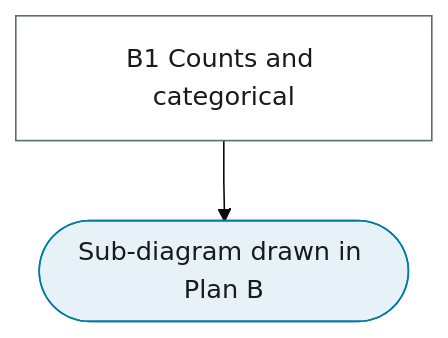
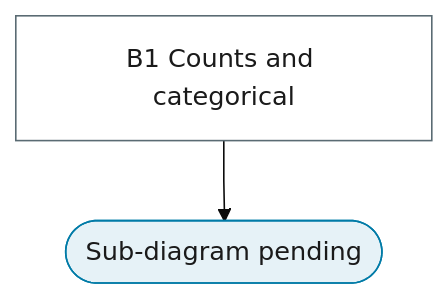
Before and after one commit to Shuxin-Y/time-series-analysis-manual: the diagram in docs/reference/16-count-categorical/index.md, drawn with Mermaid (base theme). The commit also changed other lines of this file and 66 other files, not shown here.

````diff
--- a/docs/reference/16-count-categorical/index.md
+++ b/docs/reference/16-count-categorical/index.md
@@ -9,15 +7,15 @@
 ```mermaid
 %%{init: {"flowchart": {"curve": "linear"}}}%%
 graph TD
-    B1["B1 Counts and categorical"] --> B1_PENDING(["Sub-diagram drawn in Plan B"])
+    B1["B1 Counts and categorical"] --> B1_PENDING(["Sub-diagram pending"])
     class B1 process
     class B1_PENDING terminator
     classDef terminator fill:#E6F2F7,stroke:#007BA7,color:#1A1A1A;
     classDef process fill:#FFFFFF,stroke:#5A6B73,color:#1A1A1A;
     classDef decision fill:#EFE7F0,stroke:#9B7FA7,color:#1A1A1A;
     classDef data fill:#FFF4E0,stroke:#C9A55E,color:#1A1A1A;
     classDef good fill:#DCEFD8,stroke:#4A7A3F,color:#1A1A1A;
     classDef escalate fill:#FFE9C2,stroke:#C9A55E,color:#1A1A1A;
     classDef problem fill:#F2D9DE,stroke:#800020,color:#1A1A1A;
     classDef ref fill:#F7F7F7,stroke:#5A6B73,color:#1A1A1A,stroke-dasharray:4 3;
 ```
````
